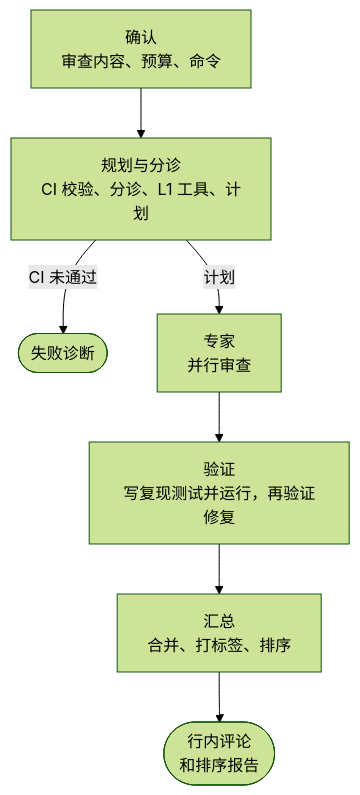
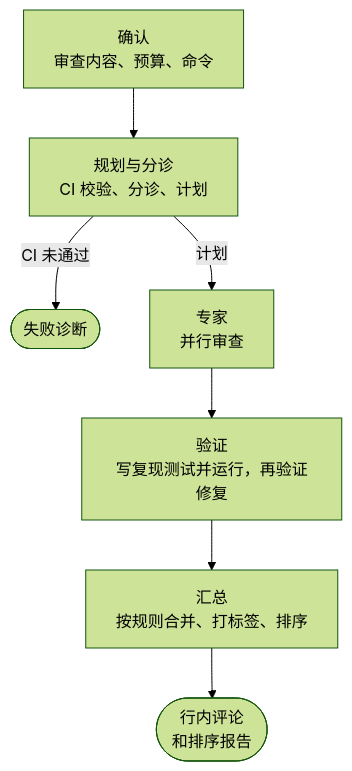
Before and after one commit to Pleasurecruise/eyeful: the diagram in docs/zh/REVIEW.md, drawn with Mermaid (forest theme). The commit also changed other lines of this file and 86 other files, not shown here.

````diff
--- a/docs/zh/REVIEW.md
+++ b/docs/zh/REVIEW.md
@@ -5,9 +5,9 @@
 ```mermaid
 flowchart TB
-    confirm["确认<br/>审查内容、预算、命令"] --> planning["规划与分诊<br/>CI 校验、分诊、L1 工具、计划"]
+    confirm["确认<br/>审查内容、预算、命令"] --> planning["规划与分诊<br/>CI 校验、分诊、计划"]
     planning -->|CI 未通过| diagnose(["失败诊断"])
     planning -->|计划| experts["专家<br/>并行审查"]
     experts --> verify["验证<br/>写复现测试并运行，再验证修复"]
-    verify --> summarize["汇总<br/>合并、打标签、排序"]
+    verify --> summarize["汇总<br/>按规则合并、打标签、排序"]
     summarize --> feedback(["行内评论<br/>和排序报告"])
 ```
````
